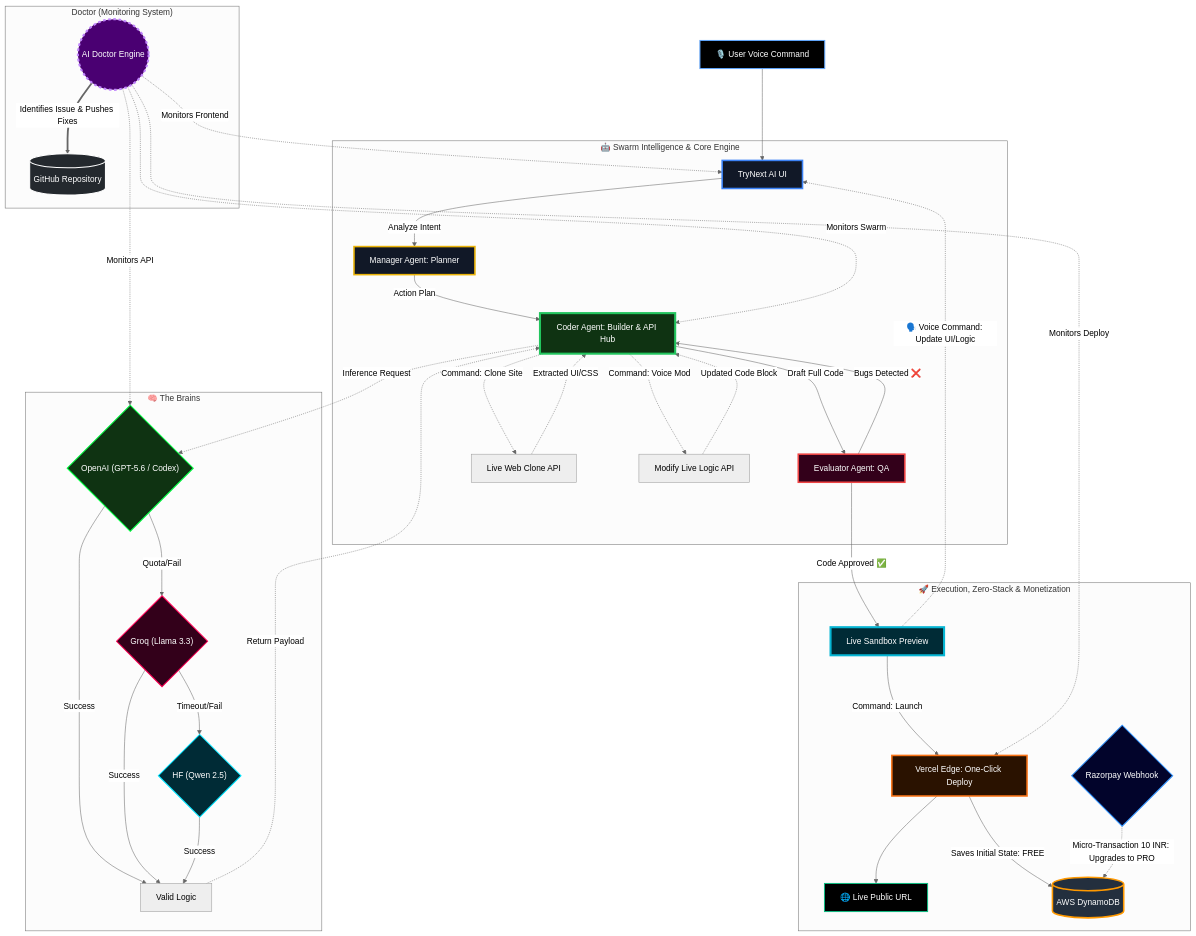
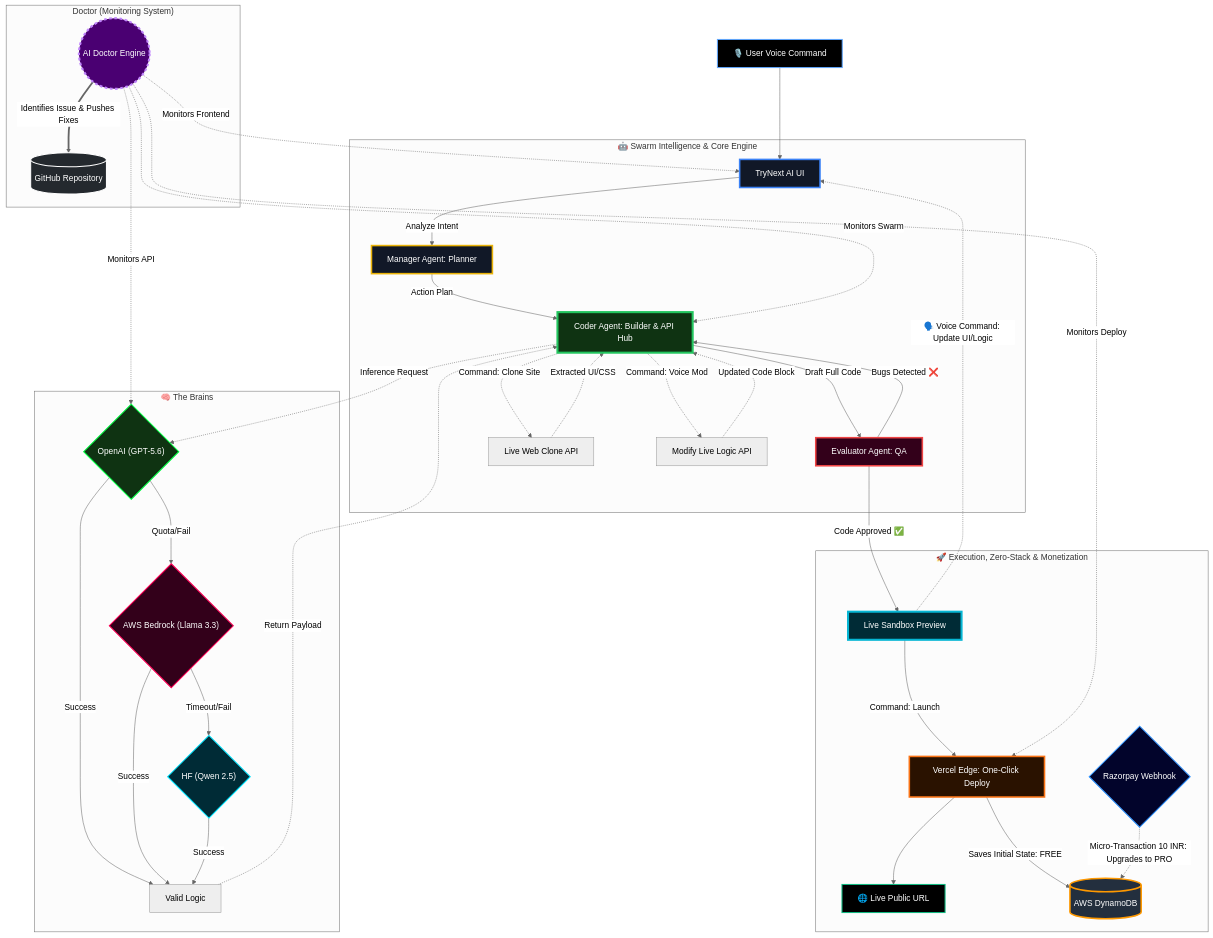
One commit to ranajitdharpersonal/trynextai changed the diagram in README.md. Above: the diagram before and after it, drawn with Mermaid (neutral theme). The commit also changed other lines of this file, not shown here.

```diff
--- a/README.md
+++ b/README.md
@@ -125,8 +125,8 @@
     end
 
     subgraph "🧠 The Brains"
-        G{"OpenAI (GPT-5.6 / Codex)"}
-        L{"Groq (Llama 3.3)"}
+        G{"OpenAI (GPT-5.6)"}
+        L{"AWS Bedrock (Llama 3.3)"}
         Q{"HF (Qwen 2.5)"}
         C -.->|Inference Request| G
         G -- "Success" --> Output[Valid Logic]
```
